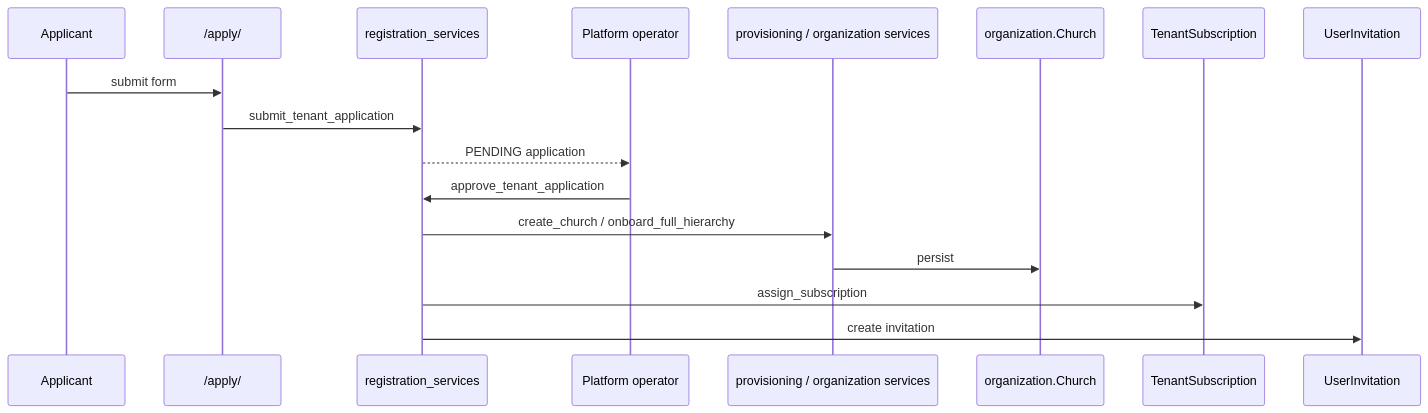
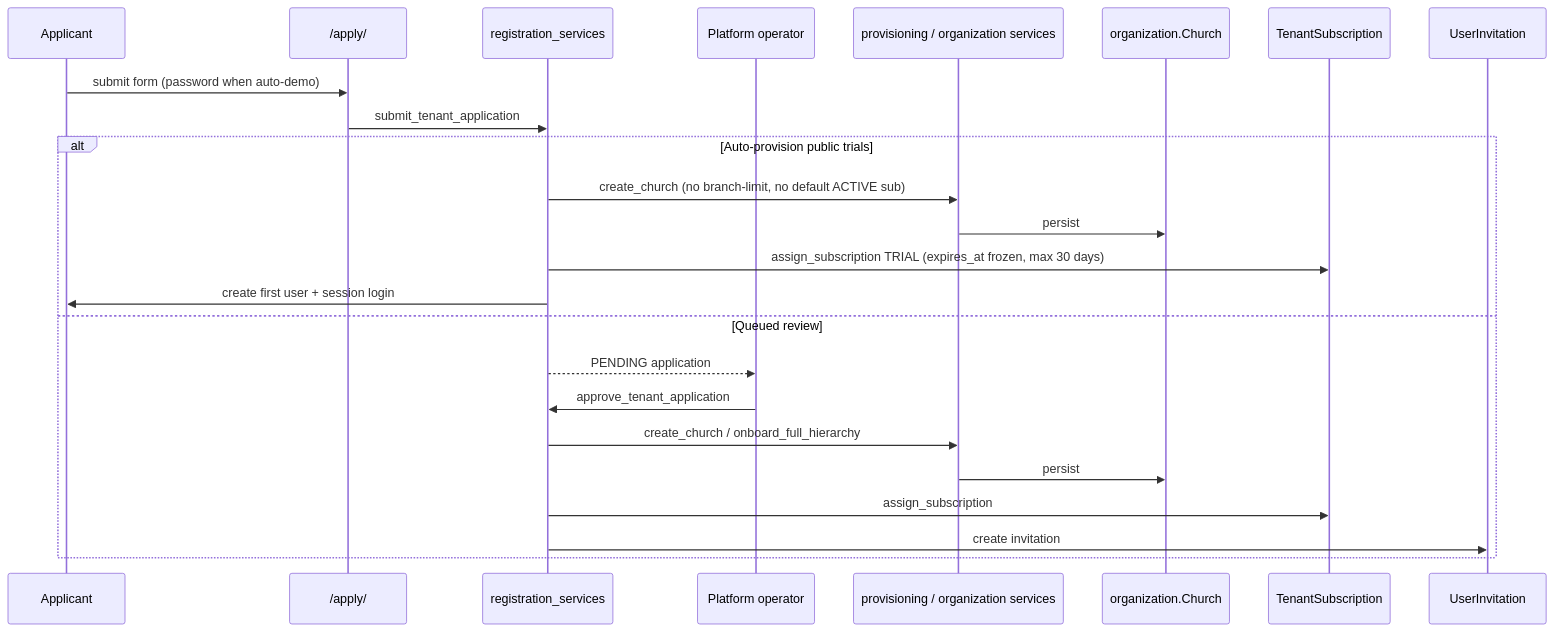
Before and after one commit to abrahamthompson46-alt/churchhub: diagram 11 of 12 in docs/ARCHITECTURE/WORKFLOW_ARCHITECTURE.md, drawn with Mermaid. The commit also changed 22 other files, not shown here.

Commit message:
feat(sitecontrol): auto-provision 30-day public demos with a hard cutoff

````diff
--- a/docs/ARCHITECTURE/WORKFLOW_ARCHITECTURE.md
+++ b/docs/ARCHITECTURE/WORKFLOW_ARCHITECTURE.md
@@ -278,20 +278,27 @@
 ```mermaid
 sequenceDiagram
   participant Applicant
   participant Apply as /apply/
   participant Reg as registration_services
   participant Ops as Platform operator
   participant Prov as provisioning / organization services
   participant Church as organization.Church
   participant Sub as TenantSubscription
   participant Inv as UserInvitation
 
-  Applicant->>Apply: submit form
+  Applicant->>Apply: submit form (password when auto-demo)
   Apply->>Reg: submit_tenant_application
-  Reg-->>Ops: PENDING application
-  Ops->>Reg: approve_tenant_application
-  Reg->>Prov: create_church / onboard_full_hierarchy
-  Prov->>Church: persist
-  Reg->>Sub: assign_subscription
-  Reg->>Inv: create invitation
+  alt Auto-provision public trials
+    Reg->>Prov: create_church (no branch-limit, no default ACTIVE sub)
+    Prov->>Church: persist
+    Reg->>Sub: assign_subscription TRIAL (expires_at frozen, max 30 days)
+    Reg->>Applicant: create first user + session login
+  else Queued review
+    Reg-->>Ops: PENDING application
+    Ops->>Reg: approve_tenant_application
+    Reg->>Prov: create_church / onboard_full_hierarchy
+    Prov->>Church: persist
+    Reg->>Sub: assign_subscription
+    Reg->>Inv: create invitation
+  end
 ```
````
